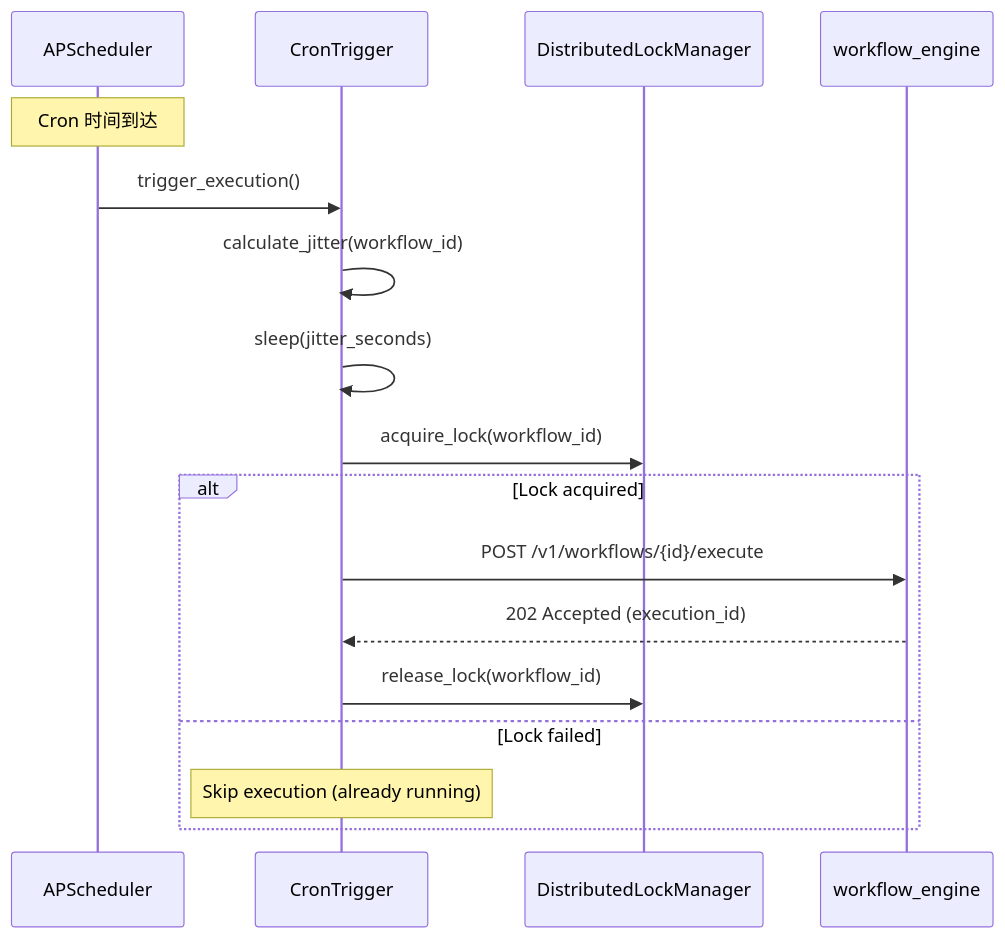
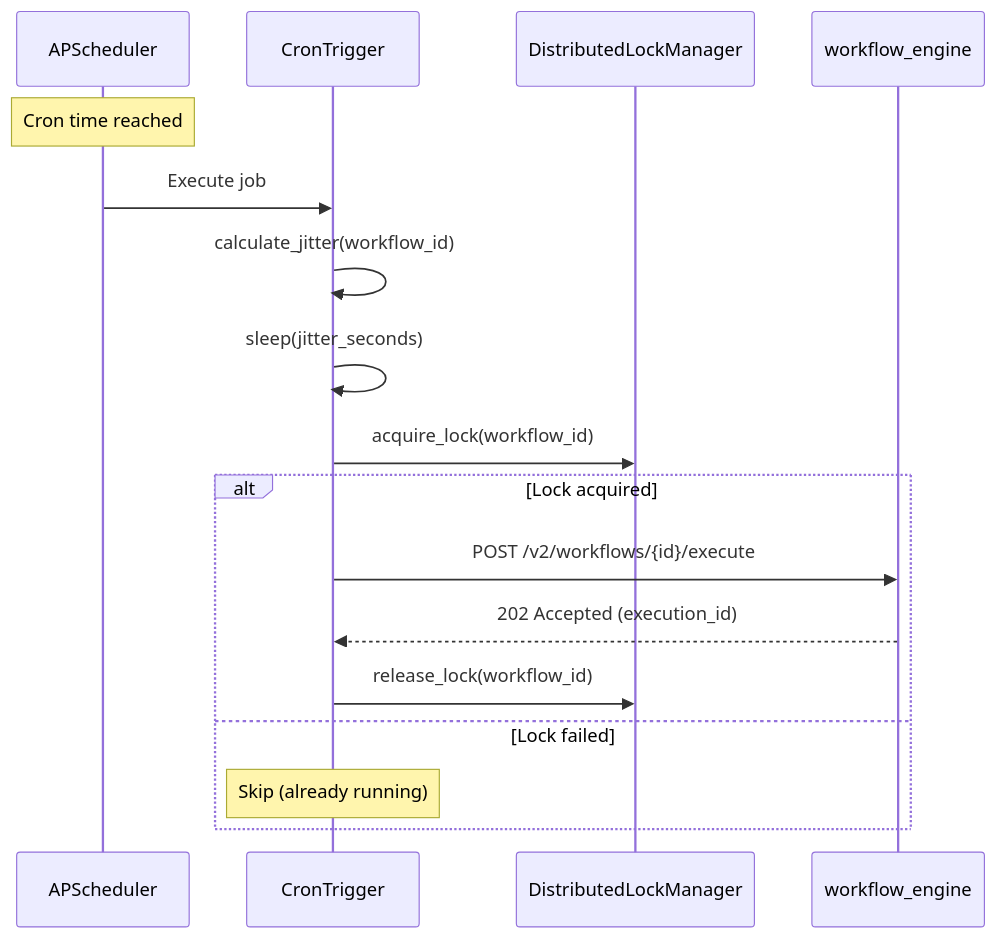
Before and after one commit to CurvatureX/agent_team_monorepo: the fifth of 9 diagrams in docs/tech-design/workflow-scheduler-architecture.md, drawn with Mermaid. The commit also changed other lines of this file and 22 other files, not shown here.

````diff
--- a/docs/tech-design/workflow-scheduler-architecture.md
+++ b/docs/tech-design/workflow-scheduler-architecture.md
@@ -859,22 +602,22 @@
 ```mermaid
 sequenceDiagram
     participant Scheduler as APScheduler
     participant Cron as CronTrigger
     participant Lock as DistributedLockManager
     participant Engine as workflow_engine
 
-    Note over Scheduler: Cron 时间到达
+    Note over Scheduler: Cron time reached
 
-    Scheduler->>Cron: trigger_execution()
+    Scheduler->>Cron: Execute job
     Cron->>Cron: calculate_jitter(workflow_id)
     Cron->>Cron: sleep(jitter_seconds)
 
     Cron->>Lock: acquire_lock(workflow_id)
     alt Lock acquired
-        Cron->>Engine: POST /v1/workflows/{id}/execute
+        Cron->>Engine: POST /v2/workflows/{id}/execute
         Engine-->>Cron: 202 Accepted (execution_id)
         Cron->>Lock: release_lock(workflow_id)
     else Lock failed
-        Note over Cron: Skip execution (already running)
+        Note over Cron: Skip (already running)
     end
 ```
````
